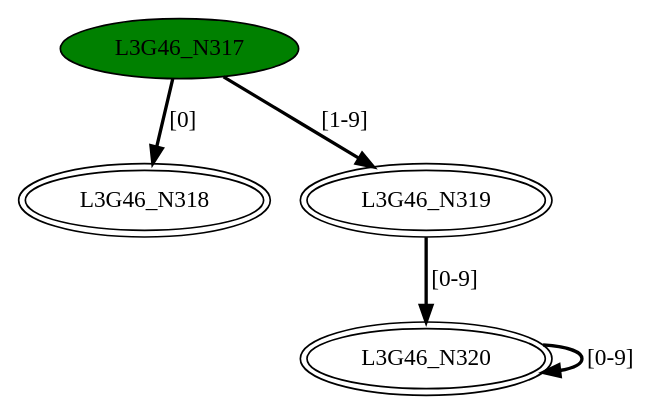
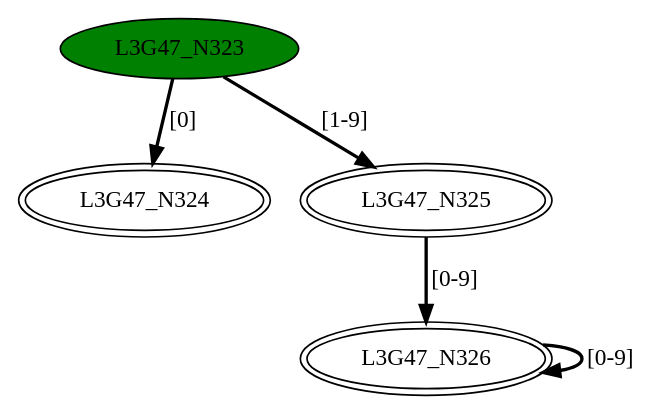
Before and after one commit to GDimitroulakos/EDUFLEX: the diagram in DFASimulator/Testbench/mergeDFA3.dot, drawn with Graphviz. The commit also changed 56 other files, not shown here.

Commit message:
Thompson Reporting graphs have been enchanced with closure color indication

```diff
--- a/DFASimulator/Testbench/mergeDFA3.dot
+++ b/DFASimulator/Testbench/mergeDFA3.dot
@@ -1,10 +1,10 @@
-digraph G46{
-"L3G46_N317" [style=filled,fillcolor=green];
-"L3G46_N318" [peripheries=2];
-"L3G46_N319" [peripheries=2];
-"L3G46_N320" [peripheries=2];
-"L3G46_N317"->"L3G46_N318" [style = bold, label = "[0]"];
-"L3G46_N317"->"L3G46_N319" [style = bold, label = "[1-9]"];
-"L3G46_N319"->"L3G46_N320" [style = bold, label = "[0-9]"];
-"L3G46_N320"->"L3G46_N320" [style = bold, label = "[0-9]"];
+digraph G47{
+"L3G47_N323" [style=filled,fillcolor=green];
+"L3G47_N324" [peripheries=2];
+"L3G47_N325" [peripheries=2];
+"L3G47_N326" [peripheries=2];
+"L3G47_N323"->"L3G47_N324" [style = bold, label = "[0]"];
+"L3G47_N323"->"L3G47_N325" [style = bold, label = "[1-9]"];
+"L3G47_N325"->"L3G47_N326" [style = bold, label = "[0-9]"];
+"L3G47_N326"->"L3G47_N326" [style = bold, label = "[0-9]"];
 }
```
